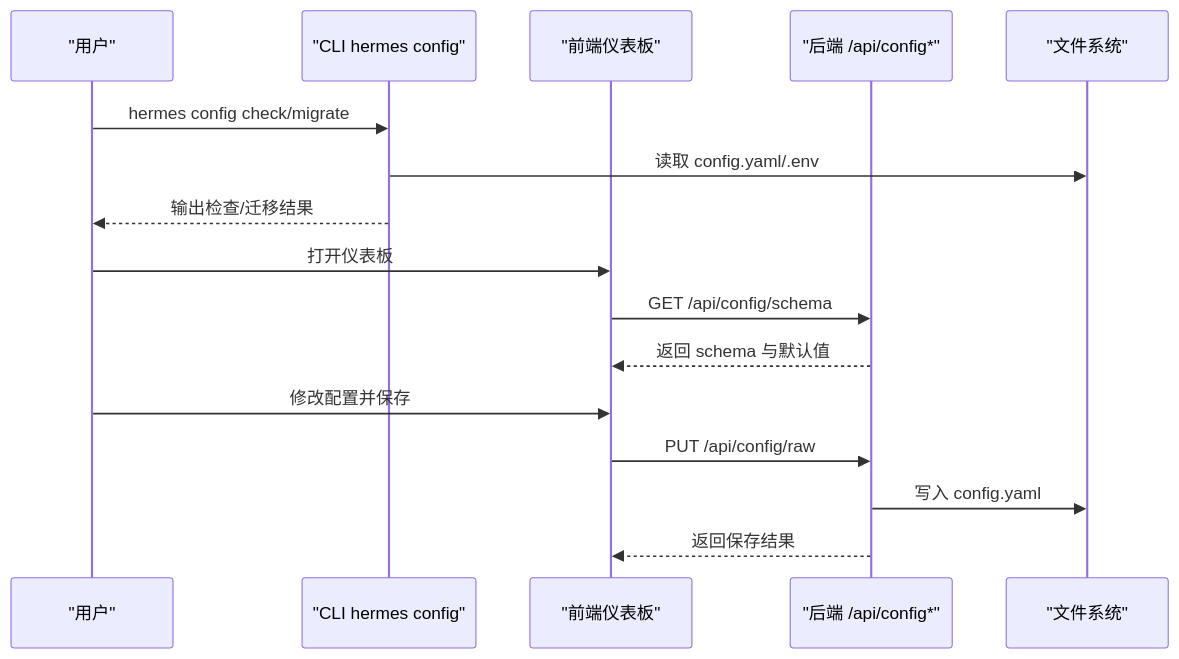
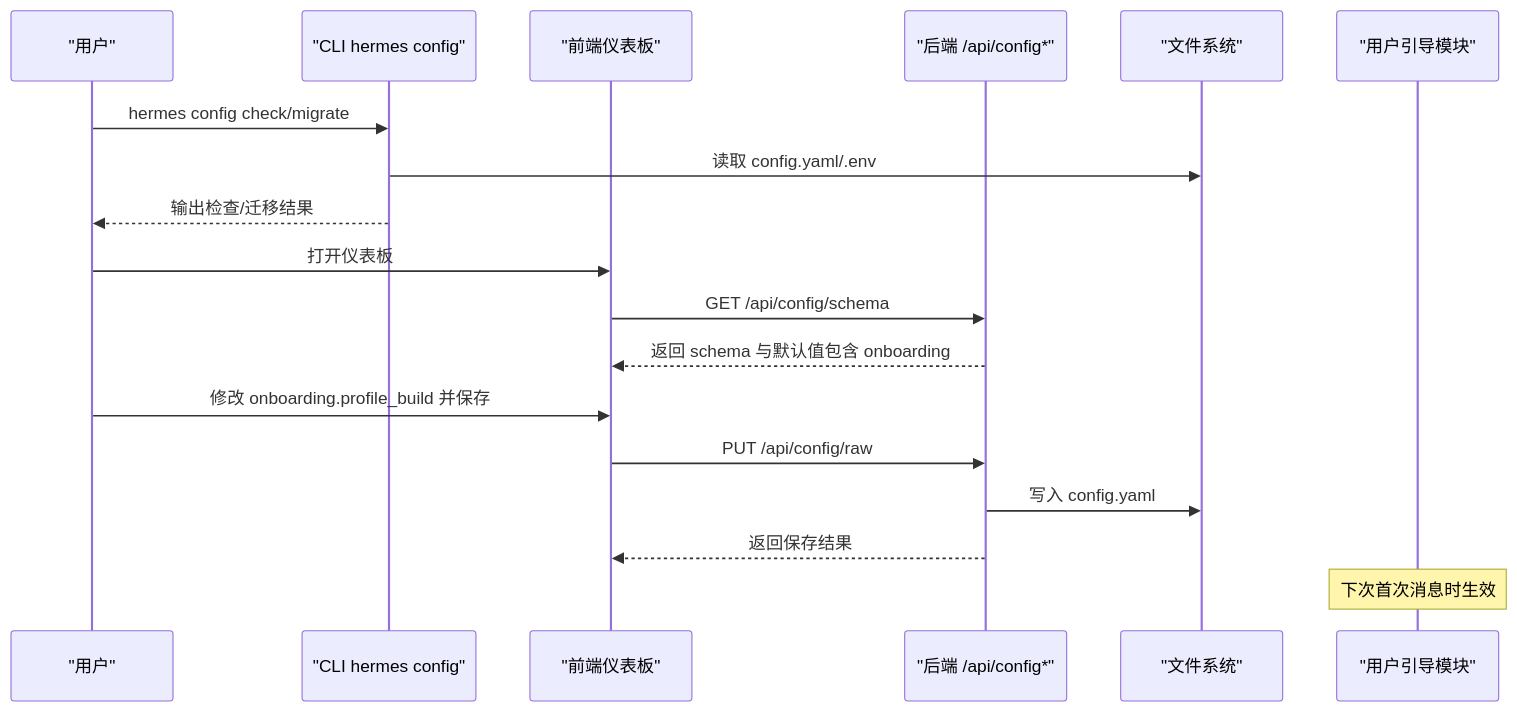
One commit to haolange/hermes-agent changed the third of 5 diagrams in .qoder/repowiki/zh/content/命令行界面/配置管理.md. Above: the diagram before and after it, drawn with Mermaid. The commit also changed other lines of this file and 5 other files, not shown here.

````diff
--- a/.qoder/repowiki/zh/content/命令行界面/配置管理.md
+++ b/.qoder/repowiki/zh/content/命令行界面/配置管理.md
@@ -165,18 +223,20 @@
 ```mermaid
 sequenceDiagram
 participant User as "用户"
 participant CLI as "CLI hermes config"
 participant FE as "前端仪表板"
 participant API as "后端 /api/config*"
 participant FS as "文件系统"
+participant Onboarding as "用户引导模块"
 User->>CLI : hermes config check/migrate
 CLI->>FS : 读取 config.yaml/.env
 CLI-->>User : 输出检查/迁移结果
 User->>FE : 打开仪表板
 FE->>API : GET /api/config/schema
-API-->>FE : 返回 schema 与默认值
-User->>FE : 修改配置并保存
+API-->>FE : 返回 schema 与默认值包含 onboarding
+User->>FE : 修改 onboarding.profile_build 并保存
 FE->>API : PUT /api/config/raw
 API->>FS : 写入 config.yaml
 API-->>FE : 返回保存结果
+Note over Onboarding : 下次首次消息时生效
 ```
````
